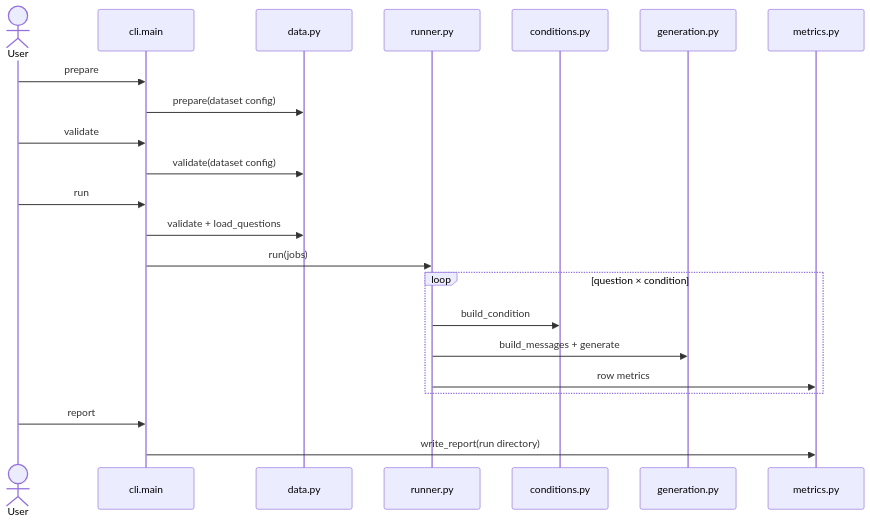
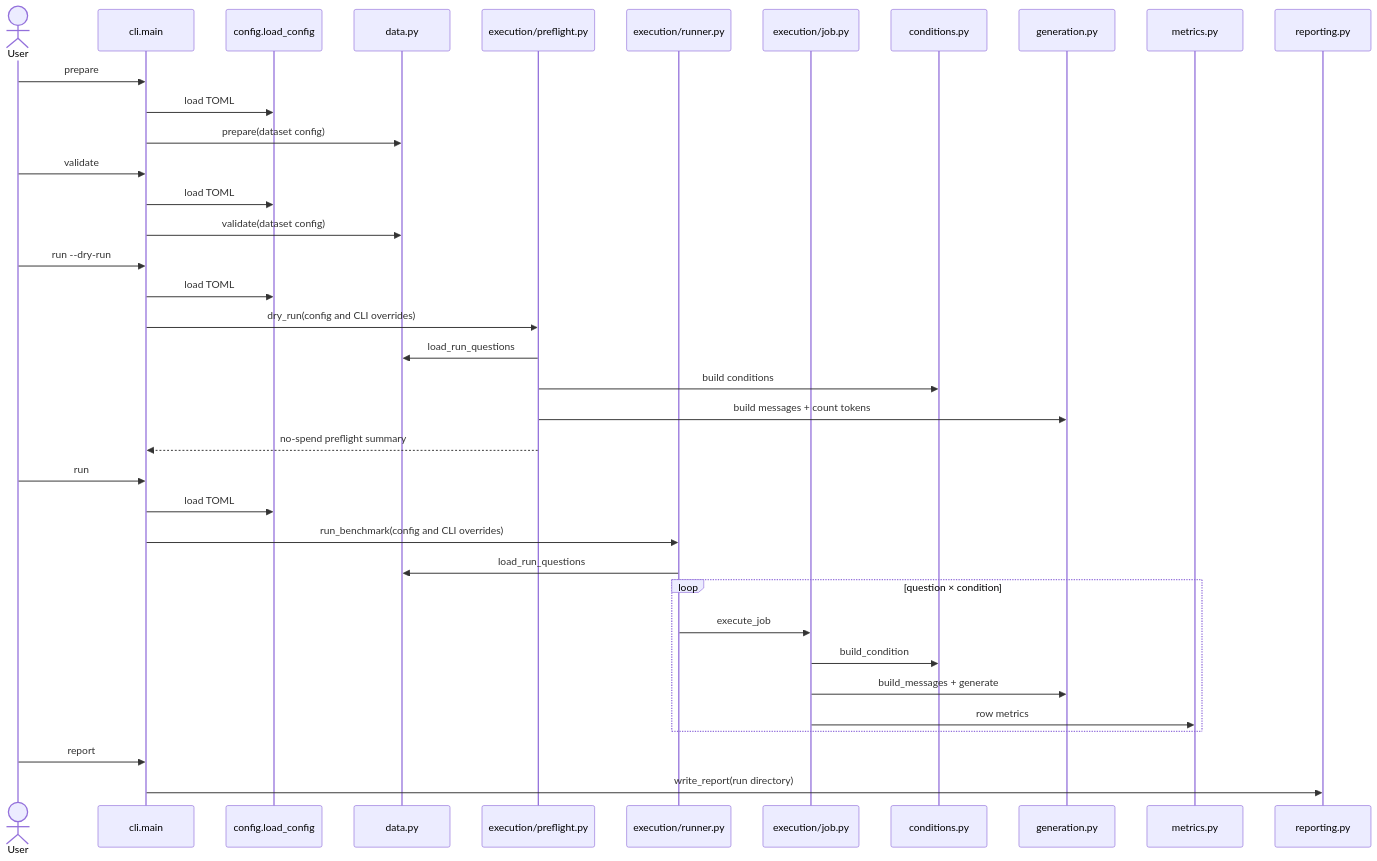
The ninth of 9 diagrams in docs sys design/benchmark/FinanceBench Implementation Guide.md (14zhasim/Agentic_RAG), drawn with Mermaid before and after one commit. The commit also changed other lines of this file and 86 other files, not shown here.

````diff
--- a/docs sys design/benchmark/FinanceBench Implementation Guide.md
+++ b/docs sys design/benchmark/FinanceBench Implementation Guide.md
@@ -843,24 +1194,39 @@
 ```mermaid
 sequenceDiagram
     actor User
     participant CLI as cli.main
+    participant CFG as config.load_config
     participant D as data.py
-    participant R as runner.py
+    participant P as execution/preflight.py
+    participant R as execution/runner.py
+    participant J as execution/job.py
     participant C as conditions.py
     participant G as generation.py
     participant M as metrics.py
+    participant REP as reporting.py
     User->>CLI: prepare
+    CLI->>CFG: load TOML
     CLI->>D: prepare(dataset config)
     User->>CLI: validate
+    CLI->>CFG: load TOML
     CLI->>D: validate(dataset config)
+    User->>CLI: run --dry-run
+    CLI->>CFG: load TOML
+    CLI->>P: dry_run(config and CLI overrides)
+    P->>D: load_run_questions
+    P->>C: build conditions
+    P->>G: build messages + count tokens
+    P-->>CLI: no-spend preflight summary
     User->>CLI: run
-    CLI->>D: validate + load_questions
-    CLI->>R: run(jobs)
+    CLI->>CFG: load TOML
+    CLI->>R: run_benchmark(config and CLI overrides)
+    R->>D: load_run_questions
     loop question × condition
-        R->>C: build_condition
-        R->>G: build_messages + generate
-        R->>M: row metrics
+        R->>J: execute_job
+        J->>C: build_condition
+        J->>G: build_messages + generate
+        J->>M: row metrics
     end
     User->>CLI: report
-    CLI->>M: write_report(run directory)
+    CLI->>REP: write_report(run directory)
 ```
````
